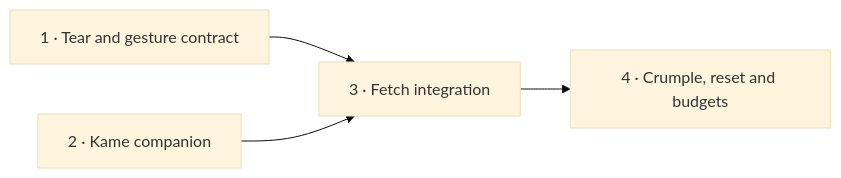
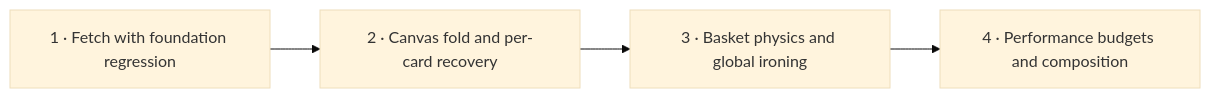
Before and after one commit to quiinthieu/otohime: the diagram in projects/kame-crumple-two-tactile-paper-and-ink-toys-for-otohime-dev/plan.md, drawn with Mermaid (base theme). The commit also changed other lines of this file and 1 other file, not shown here.

Commit message:
pm-259/run-8806: Replan fetch and crumple around landed foundations

````diff
--- a/projects/kame-crumple-two-tactile-paper-and-ink-toys-for-otohime-dev/plan.md
+++ b/projects/kame-crumple-two-tactile-paper-and-ink-toys-for-otohime-dev/plan.md
@@ -50,6 +50,6 @@
 ```mermaid
 flowchart LR
-    T1["1 · Tear and gesture contract"] --> T3["3 · Fetch integration"]
-    T2["2 · Kame companion"] --> T3
-    T3 --> T4["4 · Crumple, reset and budgets"]
+  F["1 · Fetch with foundation regression"] --> C["2 · Canvas fold and per-card recovery"]
+  C --> B["3 · Basket physics and global ironing"]
+  B --> V["4 · Performance budgets and composition"]
 ```
````
